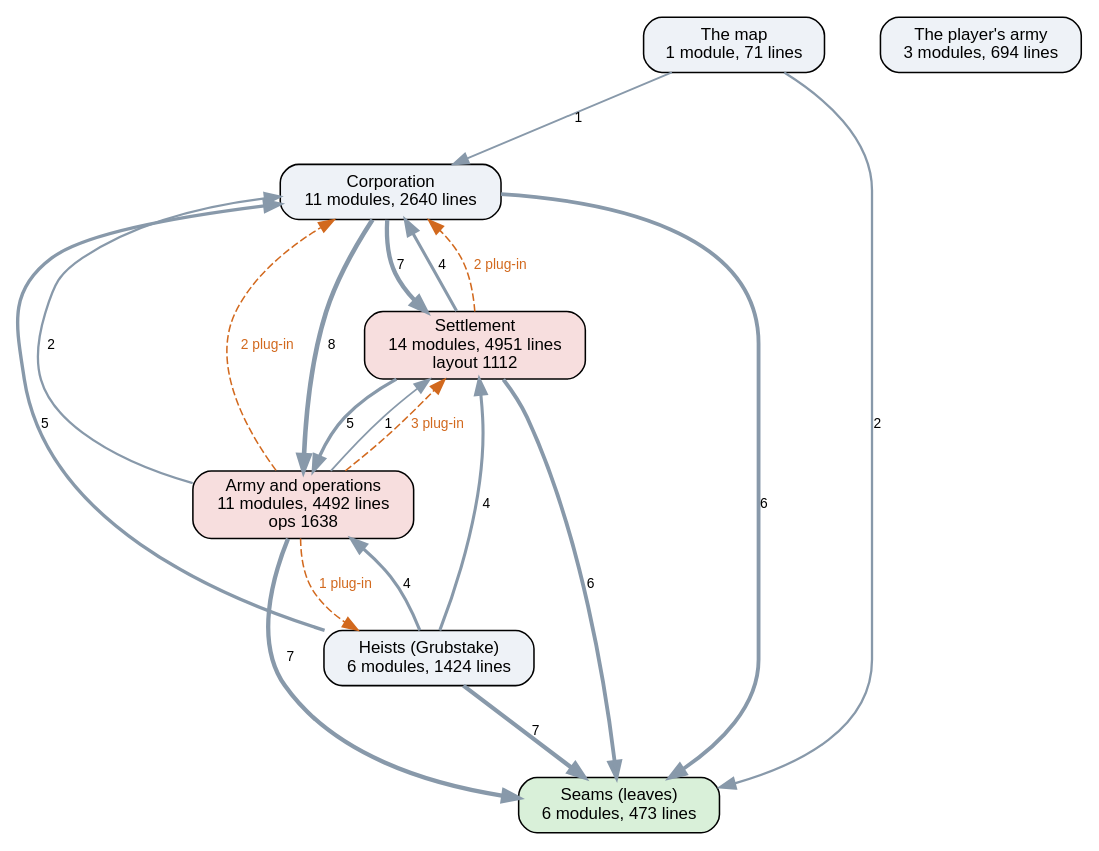
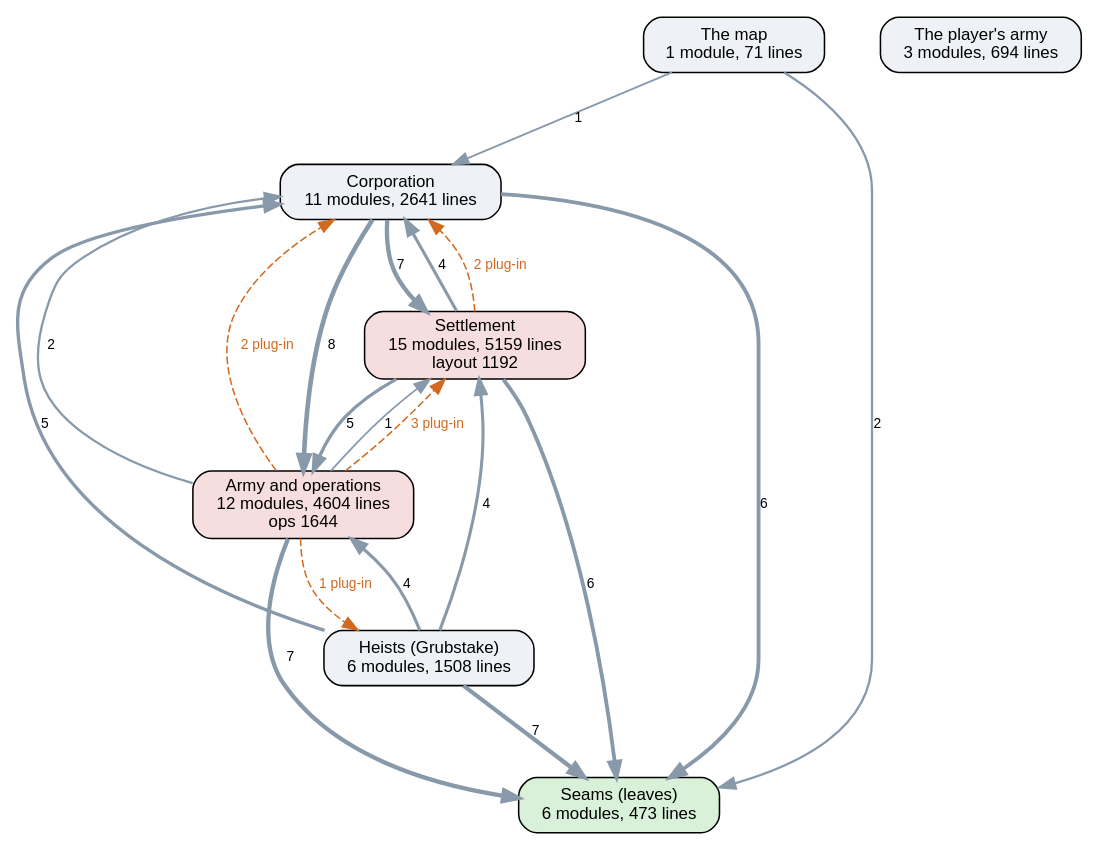
One commit to kinelhu/landing-party changed the diagram in docs/ai-layers.dot. Above: the diagram before and after it, drawn with Graphviz. The commit also changed 81 other files, not shown here.

```diff
--- a/docs/ai-layers.dot
+++ b/docs/ai-layers.dot
@@ -1,31 +1,31 @@
 digraph layers {
   graph [rankdir=TB, fontname="Helvetica", nodesep=0.5, ranksep=0.7];
   node [shape=box, style="rounded,filled", fontname="Helvetica", fontsize=11, fillcolor="#eef2f7"];
   edge [color="#8899aa", fontname="Helvetica", fontsize=9];
   "Seams (leaves)" [label="Seams (leaves)\n6 modules, 473 lines", fillcolor="#d9f0d9"];
-  "Corporation" [label="Corporation\n11 modules, 2640 lines", fillcolor="#eef2f7"];
-  "Settlement" [label="Settlement\n14 modules, 4951 lines\nlayout 1112", fillcolor="#f7dede"];
-  "Army and operations" [label="Army and operations\n11 modules, 4492 lines\nops 1638", fillcolor="#f7dede"];
-  "Heists (Grubstake)" [label="Heists (Grubstake)\n6 modules, 1424 lines", fillcolor="#eef2f7"];
+  "Corporation" [label="Corporation\n11 modules, 2641 lines", fillcolor="#eef2f7"];
+  "Settlement" [label="Settlement\n15 modules, 5159 lines\nlayout 1192", fillcolor="#f7dede"];
+  "Army and operations" [label="Army and operations\n12 modules, 4604 lines\nops 1644", fillcolor="#f7dede"];
+  "Heists (Grubstake)" [label="Heists (Grubstake)\n6 modules, 1508 lines", fillcolor="#eef2f7"];
   "The map" [label="The map\n1 module, 71 lines", fillcolor="#eef2f7"];
   "The player's army" [label="The player's army\n3 modules, 694 lines", fillcolor="#eef2f7"];
   "Army and operations" -> "Corporation" [label="2", penwidth=1.5];
   "Army and operations" -> "Seams (leaves)" [label="7", penwidth=2.8];
   "Army and operations" -> "Settlement" [label="1", penwidth=1.2];
   "Corporation" -> "Army and operations" [label="8", penwidth=3.0];
   "Corporation" -> "Seams (leaves)" [label="6", penwidth=2.5];
   "Corporation" -> "Settlement" [label="7", penwidth=2.8];
   "Heists (Grubstake)" -> "Army and operations" [label="4", penwidth=2.0];
   "Heists (Grubstake)" -> "Corporation" [label="5", penwidth=2.2];
   "Heists (Grubstake)" -> "Seams (leaves)" [label="7", penwidth=2.8];
   "Heists (Grubstake)" -> "Settlement" [label="4", penwidth=2.0];
   "Settlement" -> "Army and operations" [label="5", penwidth=2.2];
   "Settlement" -> "Corporation" [label="4", penwidth=2.0];
   "Settlement" -> "Seams (leaves)" [label="6", penwidth=2.5];
   "The map" -> "Corporation" [label="1", penwidth=1.2];
   "The map" -> "Seams (leaves)" [label="2", penwidth=1.5];
   "Army and operations" -> "Corporation" [style=dashed, color="#d2691e", fontcolor="#d2691e", label="2 plug-in"];
   "Army and operations" -> "Heists (Grubstake)" [style=dashed, color="#d2691e", fontcolor="#d2691e", label="1 plug-in"];
   "Army and operations" -> "Settlement" [style=dashed, color="#d2691e", fontcolor="#d2691e", label="3 plug-in"];
   "Settlement" -> "Corporation" [style=dashed, color="#d2691e", fontcolor="#d2691e", label="2 plug-in"];
 }
```
